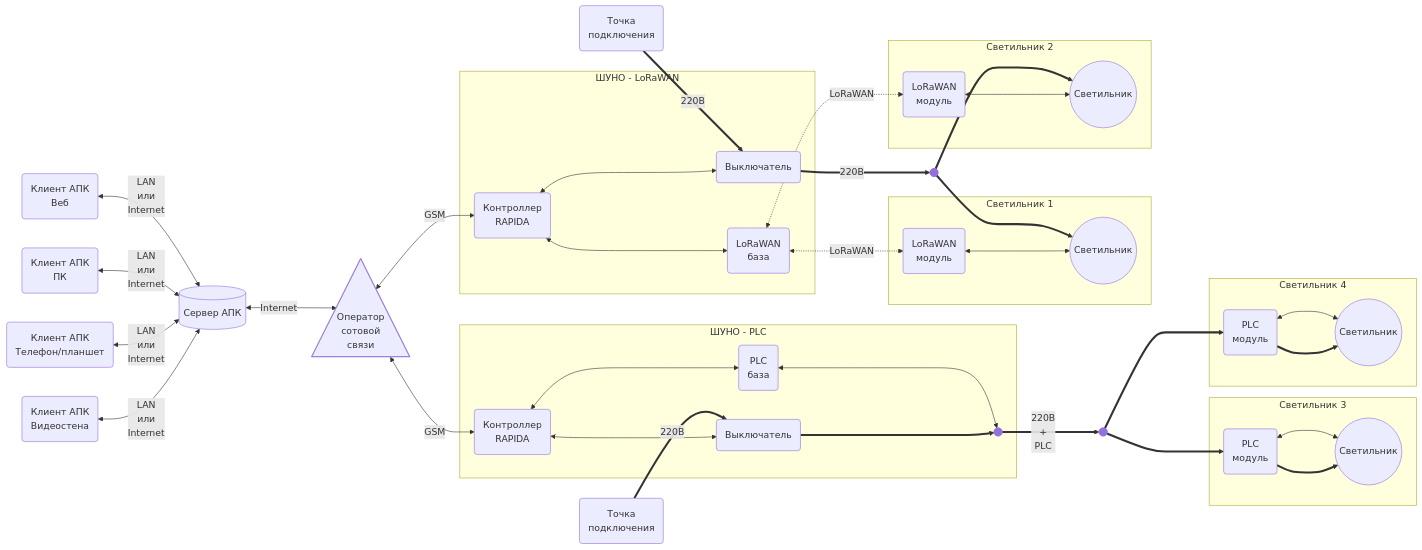
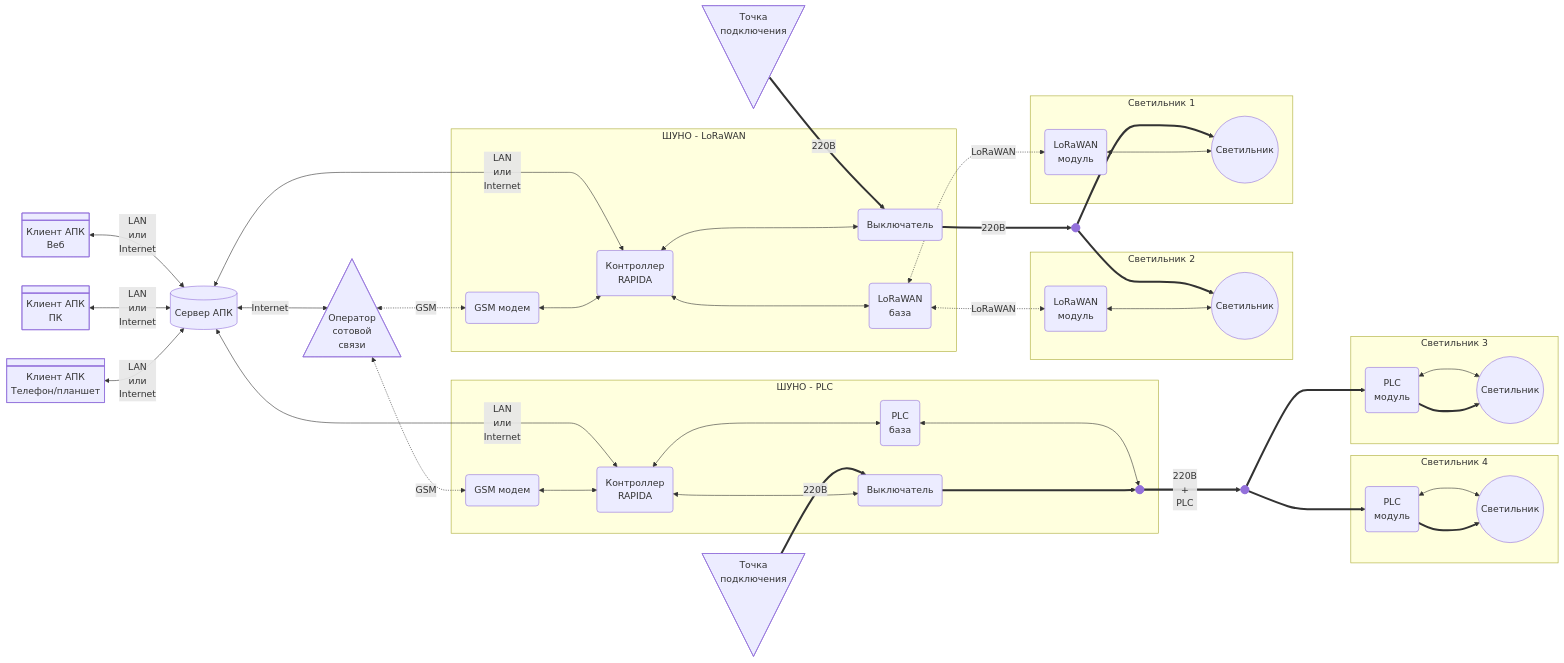
One commit to KhudyakovAlex/Svetosila changed the diagram in PRD/SvetosilaPRD.md. Above: the diagram before and after it, drawn with Mermaid. The commit also changed other lines of this file, not shown here.

```diff
--- a/PRD/SvetosilaPRD.md
+++ b/PRD/SvetosilaPRD.md
@@ -83,33 +110,35 @@
 
 flowchart LR
 
-CW(Клиент АПК<br>Веб)
-CD(Клиент АПК<br>ПК)
-CM(Клиент АПК<br>Телефон/планшет)
-CVW(Клиент АПК<br>Видеостена)
+CW@{ shape: div-rect, label: "Клиент АПК<br>Веб" }
+CD@{ shape: div-rect, label: "Клиент АПК<br>ПК" }
+CM@{ shape: div-rect, label: "Клиент АПК<br>Телефон/планшет" }
 
   CW <--LAN<br>или<br>Internet--> S
   CD <--LAN<br>или<br>Internet--> S
   CM <--LAN<br>или<br>Internet--> S
-  CVW <--LAN<br>или<br>Internet--> S
 
 S[(Сервер АПК)]
 
    S <--Internet--> O
+   S <--LAN<br>или<br>Internet--> R1
+   S <--LAN<br>или<br>Internet--> R2
 
 O@{ shape: tri, label: "Оператор<br>сотовой<br>связи" }
 
-  O <--GSM--> R1
-  O <--GSM--> R2
+  O <-. GSM .-> GM1
+  O <-. GSM .-> GM2
 
-TP1(Точка<br>подключения)
+TP1@{ shape: manual-file, label: "Точка<br>подключения"}
   TP1 ==220В==> AV1
 
 subgraph ШУНО - LoRaWAN
+  GM1(GSM модем)
   R1(Контроллер<br>RAPIDA)
   LW(LoRaWAN<br>база)
   AV1(Выключатель)
 end
+GM1 <---> R1
 R1 <---> LW
 R1 <---> AV1
 AV1 ==220В==> CB2
@@ -121,13 +150,13 @@
   CB2 ===> LUM3
   CB2 ===> LUM4
 
-subgraph Светильник 1
+subgraph Светильник 2
   LW1(LoRaWAN<br>модуль)
   LUM3((Светильник))
 end
 LW1 <---> LUM3
 
-subgraph Светильник 2
+subgraph Светильник 1
   LW2(LoRaWAN<br>модуль)
   LUM4((Светильник))
 end
@@ -135,15 +164,17 @@
 
 
 
-TP2(Точка<br>подключения)
+TP2@{ shape: manual-file, label: "Точка<br>подключения"}
   TP2 ==220В==> AV2
 
 subgraph ШУНО - PLC  
+  GM2(GSM модем)
   R2(Контроллер<br>RAPIDA)
   PLC(PLC<br>база)
   AV2(Выключатель)
   B1@{ shape: f-circ, label: "" }
 end
+GM2 <---> R2
 R2 <---> PLC
 R2 <---> AV2
 PLC <---> B1
@@ -156,12 +187,12 @@
   CB1 ===> PLC1
   CB1 ===> PLC2
 
-subgraph Светильник 3
+subgraph Светильник 4
   PLC1(PLC<br>модуль)
   LUM1((Светильник))
 end
 
-subgraph Светильник 4
+subgraph Светильник 3
   PLC2(PLC<br>модуль)
   LUM2((Светильник))  
 end
```
